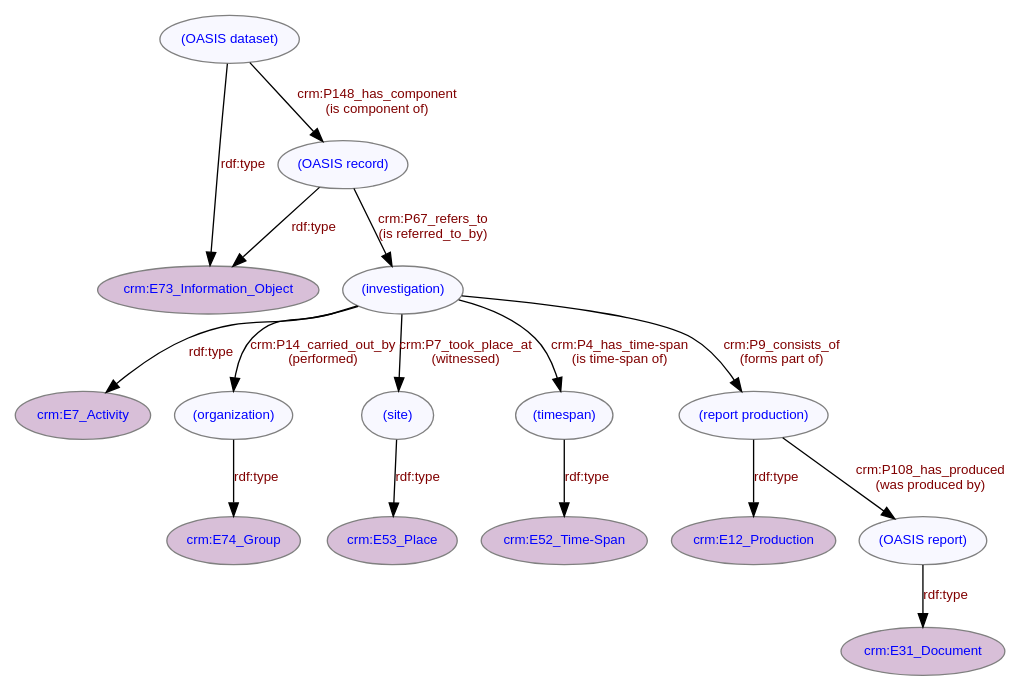
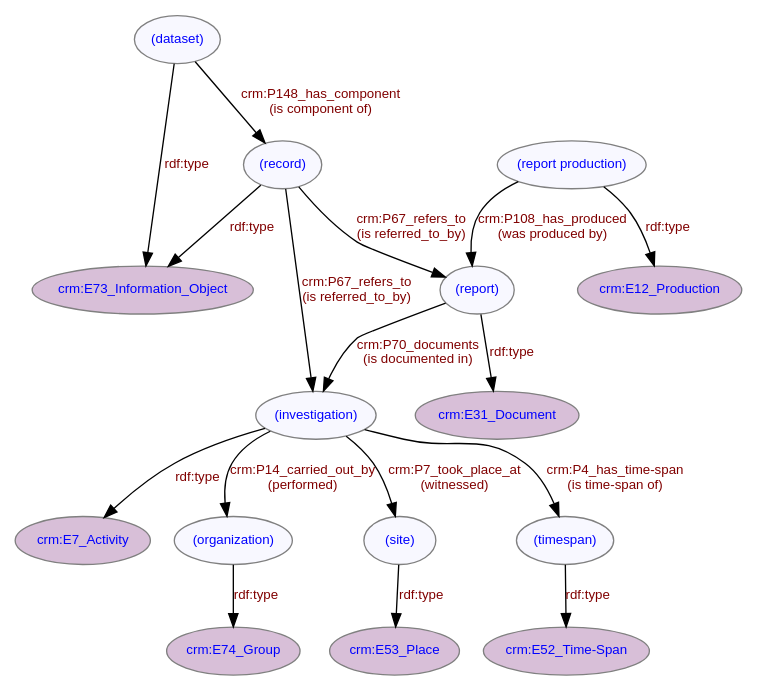
One commit to cbinding/LD4HE changed the diagram in diagrams/ld4he-main-model.dot. Above: the diagram before and after it, drawn with Graphviz. The commit also changed 275 other files, not shown here.

```diff
--- a/diagrams/ld4he-main-model.dot
+++ b/diagrams/ld4he-main-model.dot
@@ -1,28 +1,31 @@
 digraph {
    // label = "LD4HE main model";
    // labelloc = "t";
    node [color=gray, fontcolor=blue, fontsize=10, fontname=Arial, style=filled, fillcolor=ghostwhite];
    edge [color=black, fontcolor=maroon, fontsize=10, fontname=Arial];
    "crm:E7_Activity" [fillcolor=thistle, target="crm", URL="http://www.cidoc-crm.org/cidoc-crm/E7_Activity"];
    "crm:E12_Production" [fillcolor=thistle, target="crm", URL="http://www.cidoc-crm.org/cidoc-crm/E12_Production"];
    "crm:E31_Document" [fillcolor=thistle, target="crm", URL="http://www.cidoc-crm.org/cidoc-crm/E31_Document"];
    "crm:E52_Time-Span" [fillcolor=thistle, target="crm", URL="http://www.cidoc-crm.org/cidoc-crm/E52_Time-Span"];
    "crm:E53_Place" [fillcolor=thistle, target="crm", URL="http://www.cidoc-crm.org/cidoc-crm/E53_Place"];
    "crm:E73_Information_Object" [fillcolor=thistle, target="crm", URL="http://www.cidoc-crm.org/cidoc-crm/E73_Information_Object"];
    "crm:E74_Group" [fillcolor=thistle, target="crm", URL="http://www.cidoc-crm.org/cidoc-crm/E74_Group"];   
-   "(OASIS dataset)" -> "crm:E73_Information_Object" [label="rdf:type", labelURL="http://www.w3.org/1999/02/22-rdf-syntax-ns#type"];   
-   "(OASIS record)" -> "crm:E73_Information_Object" [label="rdf:type", labelURL="http://www.w3.org/1999/02/22-rdf-syntax-ns#type"];   
+   //{rank = same; "(investigation)"; "(report)";}   
+  
+   "(dataset)" -> "crm:E73_Information_Object" [label="rdf:type", labelURL="http://www.w3.org/1999/02/22-rdf-syntax-ns#type"];   
+   "(record)" -> "crm:E73_Information_Object" [label="rdf:type", labelURL="http://www.w3.org/1999/02/22-rdf-syntax-ns#type"];   
    "(investigation)" -> "crm:E7_Activity" [label="rdf:type", labelURL="http://www.w3.org/1999/02/22-rdf-syntax-ns#type"];   
    "(organization)" -> "crm:E74_Group" [label="rdf:type", labelURL="http://www.w3.org/1999/02/22-rdf-syntax-ns#type"];   
    "(site)" -> "crm:E53_Place" [label="rdf:type", labelURL="http://www.w3.org/1999/02/22-rdf-syntax-ns#type"];   
    "(timespan)" -> "crm:E52_Time-Span" [label="rdf:type", labelURL="http://www.w3.org/1999/02/22-rdf-syntax-ns#type"];   
    "(report production)" -> "crm:E12_Production" [label="rdf:type", labelURL="http://www.w3.org/1999/02/22-rdf-syntax-ns#type"];   
-   "(OASIS report)" -> "crm:E31_Document" [label="rdf:type", labelURL="http://www.w3.org/1999/02/22-rdf-syntax-ns#type"];    
-   "(OASIS dataset)" -> "(OASIS record)" [label="crm:P148_has_component\n(is component of)", labelURL="http://www.cidoc-crm.org/cidoc-crm/P148_has_component"];
-   "(OASIS record)" -> "(investigation)" [label="crm:P67_refers_to\n(is referred_to_by)", labelURL="http://www.cidoc-crm.org/cidoc-crm/P67_refers_to"];
+   "(report)" -> "crm:E31_Document" [label="rdf:type", labelURL="http://www.w3.org/1999/02/22-rdf-syntax-ns#type"];    
+   "(dataset)" -> "(record)" [label="crm:P148_has_component\n(is component of)", labelURL="http://www.cidoc-crm.org/cidoc-crm/P148_has_component"];
+   "(record)" -> "(investigation)" [label="crm:P67_refers_to\n(is referred_to_by)", labelURL="http://www.cidoc-crm.org/cidoc-crm/P67_refers_to"];
+   "(record)" -> "(report)" [label="crm:P67_refers_to\n(is referred_to_by)", labelURL="http://www.cidoc-crm.org/cidoc-crm/P67_refers_to"];
    "(investigation)" -> "(organization)" [label="crm:P14_carried_out_by\n(performed)", labelURL="http://www.cidoc-crm.org/cidoc-crm/P14_carried_out_by"];
    "(investigation)" -> "(site)" [label="crm:P7_took_place_at\n(witnessed)", labelURL="http://www.cidoc-crm.org/cidoc-crm/P7_took_place_at"];
-   "(investigation)" -> "(timespan)" [label="crm:P4_has_time-span\n(is time-span of)", labelURL="http://www.cidoc-crm.org/cidoc-crm/P4_has_time-span"];
-   "(investigation)" -> "(report production)" [label="crm:P9_consists_of\n(forms part of)", labelURL="http://www.cidoc-crm.org/cidoc-crm/P9_consists_of"];  
-   "(report production)" -> "(OASIS report)" [label="crm:P108_has_produced\n(was produced by)", labelURL="http://www.cidoc-crm.org/cidoc-crm/P108_has_produced"];
+   "(investigation)" -> "(timespan)" [label="crm:P4_has_time-span\n(is time-span of)", labelURL="http://www.cidoc-crm.org/cidoc-crm/P4_has_time-span"];   
+   "(report)" -> "(investigation)" [label="crm:P70_documents\n(is documented in)", labelURL="http://www.cidoc-crm.org/cidoc-crm/P70_documents"];    
+  "(report production)" -> "(report)" [label="crm:P108_has_produced\n(was produced by)", labelURL="http://www.cidoc-crm.org/cidoc-crm/P108_has_produced"];
 }
```
